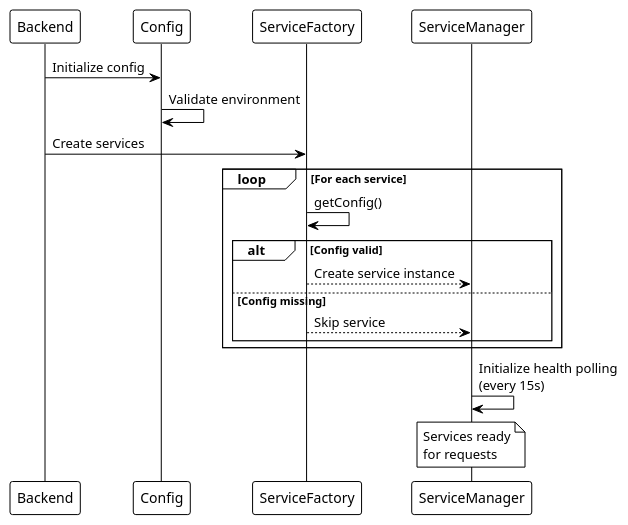
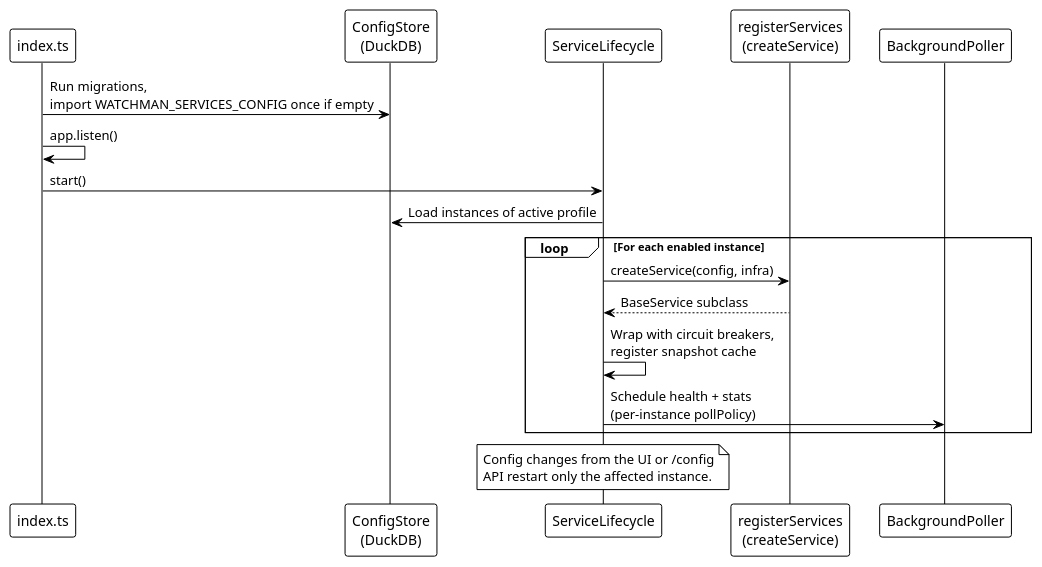
Before and after one commit to EraPartner/Watchman: the third of 3 diagrams in docs/common-tasks.md, drawn with PlantUML. The commit also changed other lines of this file and 32 other files, not shown here.

````diff
--- a/docs/common-tasks.md
+++ b/docs/common-tasks.md
@@ -230,31 +228,29 @@
 ```plantuml
 @startuml
 !theme plain
 
-participant "Backend" as BE
-participant "Config" as Cfg
-participant "ServiceFactory" as Factory
-participant "ServiceManager" as SM
+participant "index.ts" as BE
+participant "ConfigStore\n(DuckDB)" as Cfg
+participant "ServiceLifecycle" as LC
+participant "registerServices\n(createService)" as Factory
+participant "BackgroundPoller" as Poller
 
-BE -> Cfg : Initialize config
-Cfg -> Cfg : Validate environment
+BE -> Cfg : Run migrations,\nimport WATCHMAN_SERVICES_CONFIG once if empty
+BE -> BE : app.listen()
+BE -> LC : start()
 
-BE -> Factory : Create services
+LC -> Cfg : Load instances of active profile
 
-loop For each service
-    Factory -> Factory : getConfig()
-    alt Config valid
-        Factory --> SM : Create service instance
-    else Config missing
-        Factory --> SM : Skip service
-    end
+loop For each enabled instance
+    LC -> Factory : createService(config, infra)
+    Factory --> LC : BaseService subclass
+    LC -> LC : Wrap with circuit breakers,\nregister snapshot cache
+    LC -> Poller : Schedule health + stats\n(per-instance pollPolicy)
 end
 
-SM -> SM : Initialize health polling\n(every 15s)
-
-note over SM
-  Services ready
-  for requests
+note over LC
+  Config changes from the UI or /config
+  API restart only the affected instance.
 end note
 @enduml
 ```
````
